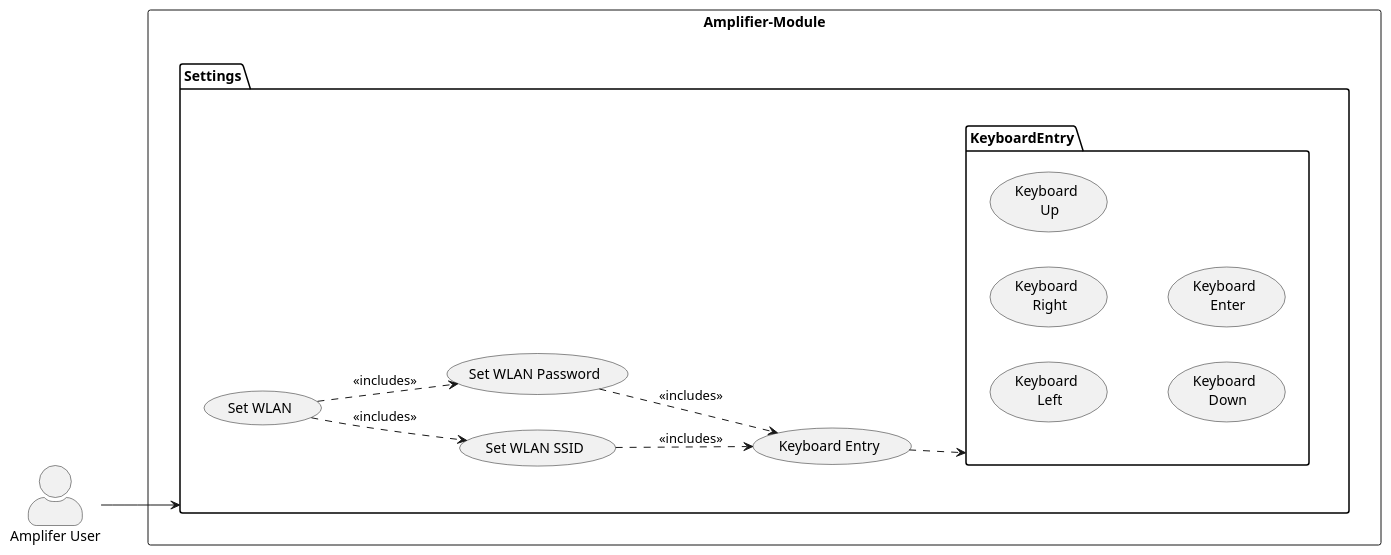
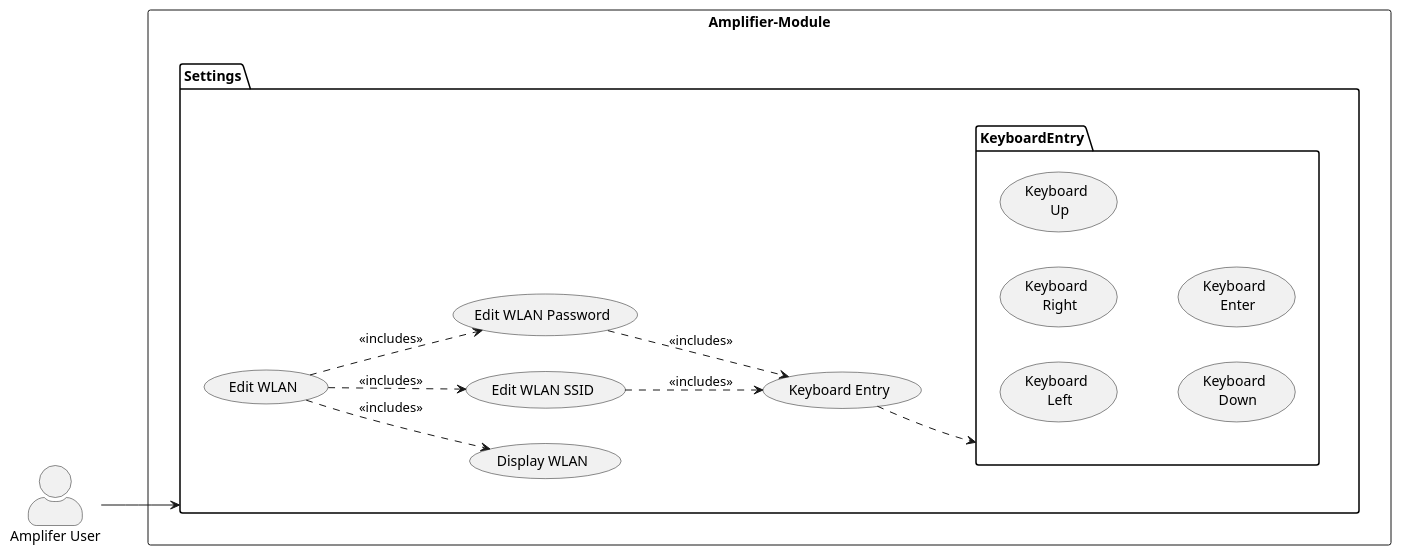
Before and after one commit to adoble/modular-audio: the diagram in docs/model/use-cases/use-cases-settings.plantuml, drawn with PlantUML.

Commit message:
Added settings use cases

```diff
--- a/docs/model/use-cases/use-cases-settings.plantuml
+++ b/docs/model/use-cases/use-cases-settings.plantuml
@@ -1,43 +1,46 @@
-@startuml
+@startuml Settings
 skinparam actorStyle awesome
 left to right direction
 
 actor "Amplifer User" as user
 
 rectangle Amplifier-Module {
      
     user --> Settings
 
     package Settings {
-        usecase (Set WLAN) as wlan
-        usecase (Set WLAN SSID) as wlan_ssid
-        usecase (Set WLAN Password) as wlan_pass
+        usecase (Display WLAN) as disp_wlan
+        usecase (Edit WLAN) as edit_wlan
+        usecase (Edit WLAN SSID) as wlan_ssid
+        usecase (Edit WLAN Password) as wlan_pass
 
-        wlan ..> wlan_ssid : << includes >>  
-        wlan ..> wlan_pass : << includes >>
+        edit_wlan ..> disp_wlan : << includes >>
+        edit_wlan ..> wlan_ssid : << includes >>  
+        edit_wlan ..> wlan_pass : << includes >>
         
         usecase (Keyboard Entry) as keyboard
 
         keyboard ..> KeyboardEntry
 
         wlan_ssid ..> keyboard : << includes >>
         wlan_pass ..> keyboard : << includes >>
         
     }
 
     
 
     package KeyboardEntry  {
         usecase (Keyboard \n Left) as left
         usecase (Keyboard \n Right) as right
         usecase (Keyboard \n Up) as up
         usecase (Keyboard \n Down) as down
         usecase (Keyboard \n Enter) as enter
+
     }
 
 
 }
 
 
 
 @enduml
```
